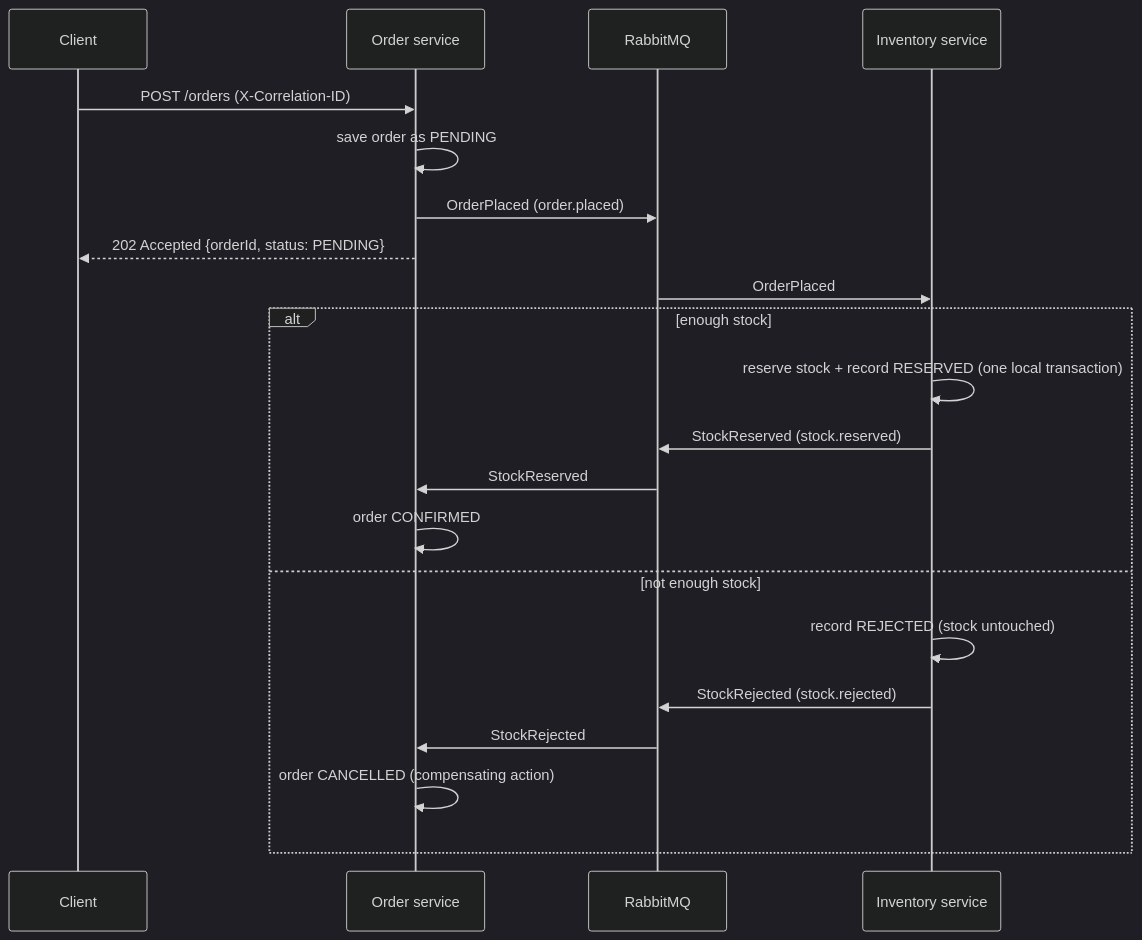
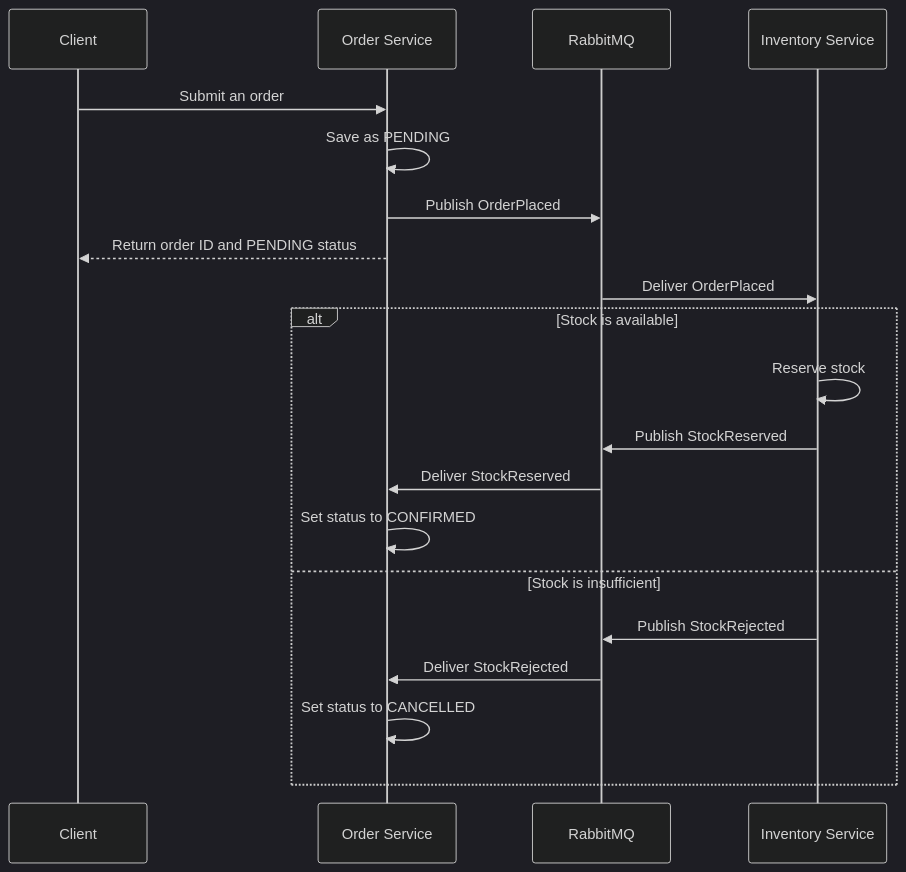
The diagram in README.md (cpnnabin/Maltashop-Ecom), drawn with Mermaid (dark theme) before and after one commit. The commit also changed other lines of this file, not shown here.

````diff
--- a/README.md
+++ b/README.md
@@ -17,23 +17,22 @@
 ```mermaid
 sequenceDiagram
-    participant C as Client
-    participant O as Order service
-    participant B as RabbitMQ
-    participant I as Inventory service
-    C->>O: POST /orders (X-Correlation-ID)
-    O->>O: save order as PENDING
-    O->>B: OrderPlaced (order.placed)
-    O-->>C: 202 Accepted {orderId, status: PENDING}
-    B->>I: OrderPlaced
-    alt enough stock
-        I->>I: reserve stock + record RESERVED (one local transaction)
-        I->>B: StockReserved (stock.reserved)
-        B->>O: StockReserved
-        O->>O: order CONFIRMED
-    else not enough stock
-        I->>I: record REJECTED (stock untouched)
-        I->>B: StockRejected (stock.rejected)
-        B->>O: StockRejected
-        O->>O: order CANCELLED (compensating action)
+    participant Client
+    participant Order as Order Service
+    participant Broker as RabbitMQ
+    participant Inventory as Inventory Service
+    Client->>Order: Submit an order
+    Order->>Order: Save as PENDING
+    Order->>Broker: Publish OrderPlaced
+    Order-->>Client: Return order ID and PENDING status
+    Broker->>Inventory: Deliver OrderPlaced
+    alt Stock is available
+        Inventory->>Inventory: Reserve stock
+        Inventory->>Broker: Publish StockReserved
+        Broker->>Order: Deliver StockReserved
+        Order->>Order: Set status to CONFIRMED
+    else Stock is insufficient
+        Inventory->>Broker: Publish StockRejected
+        Broker->>Order: Deliver StockRejected
+        Order->>Order: Set status to CANCELLED
     end
 ```
````
